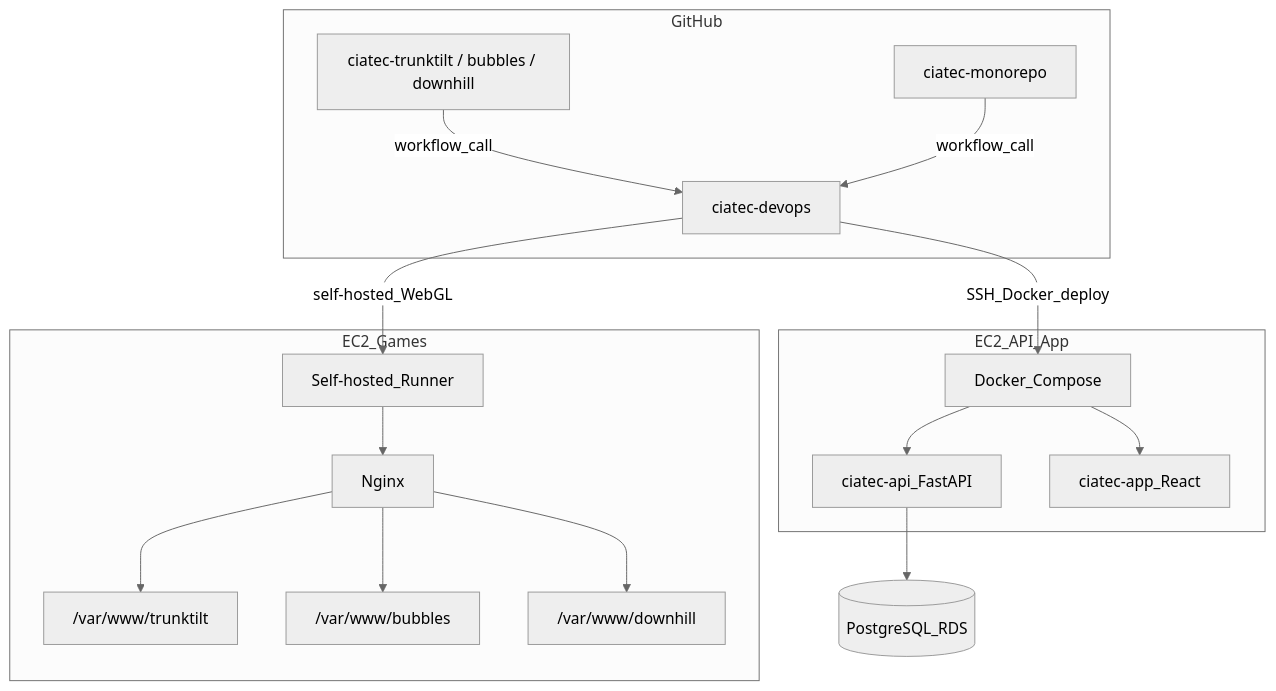
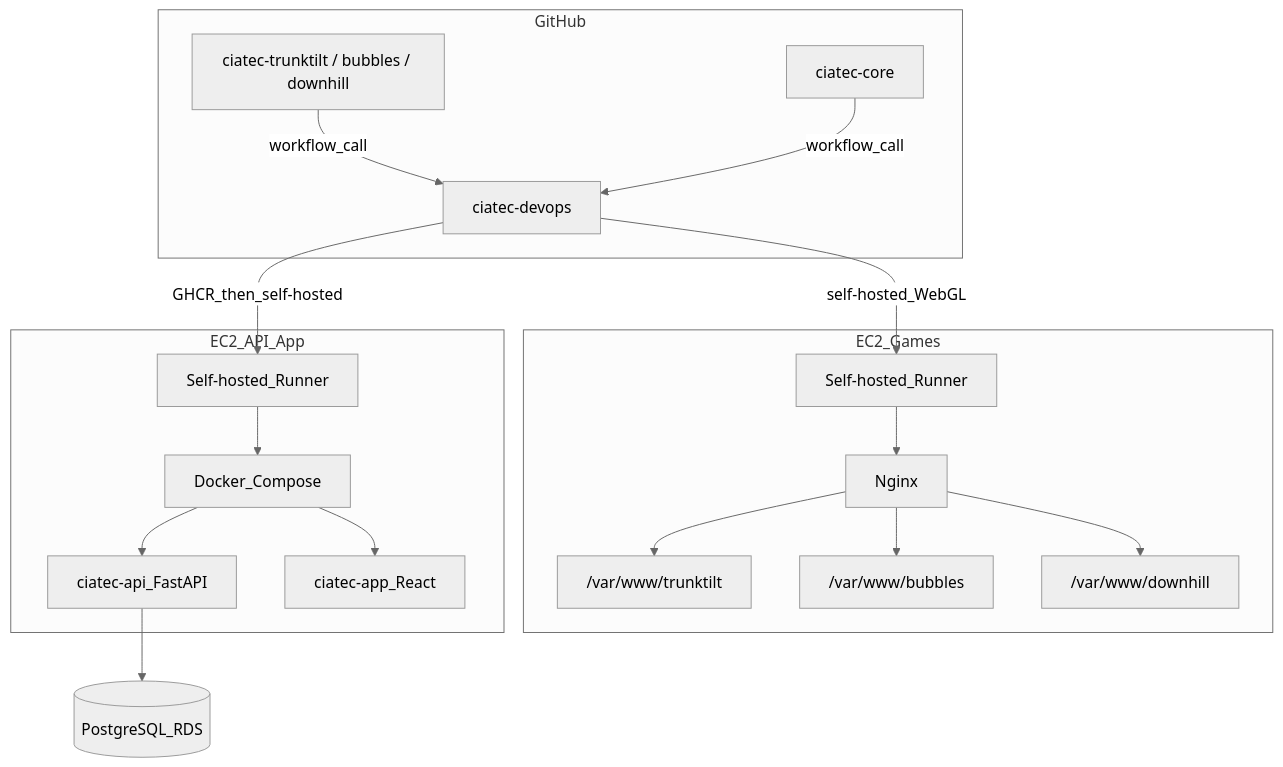
One commit to ciatec-org/ciatec-devops changed the diagram in docs/architecture.md. Above: the diagram before and after it, drawn with Mermaid (neutral theme). The commit also changed other lines of this file and 1 other file, not shown here.

First line of the commit message:
Document GHCR and self-hosted monorepo deploy as the current path.

````diff
--- a/docs/architecture.md
+++ b/docs/architecture.md
@@ -7,36 +7,38 @@
 ```mermaid
 flowchart TB
   subgraph github [GitHub]
     GamesRepos[ciatec-trunktilt / bubbles / downhill]
-    Monorepo[ciatec-monorepo]
+    Monorepo[ciatec-core]
     Devops[ciatec-devops]
     GamesRepos -->|workflow_call| Devops
     Monorepo -->|workflow_call| Devops
   end
 
   subgraph ec2games [EC2_Games]
     Runner[Self-hosted_Runner]
     Nginx[Nginx]
     TT["/var/www/trunktilt"]
     BB["/var/www/bubbles"]
     DH["/var/www/downhill"]
     Runner --> Nginx
     Nginx --> TT
     Nginx --> BB
     Nginx --> DH
   end
 
   subgraph ec2api [EC2_API_App]
+    RunnerApi[Self-hosted_Runner]
     Compose[Docker_Compose]
     API[ciatec-api_FastAPI]
     App[ciatec-app_React]
+    RunnerApi --> Compose
     Compose --> API
     Compose --> App
   end
 
   RDS[(PostgreSQL_RDS)]
   API --> RDS
 
   Devops -->|self-hosted_WebGL| Runner
-  Devops -->|SSH_Docker_deploy| Compose
+  Devops -->|GHCR_then_self-hosted| RunnerApi
 ```
````
